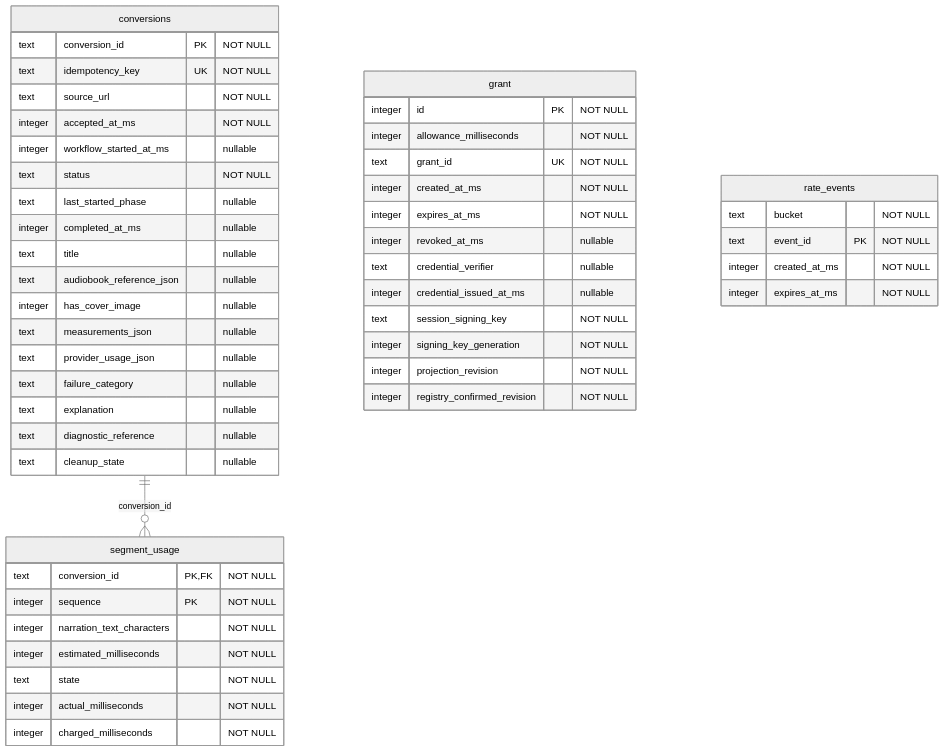
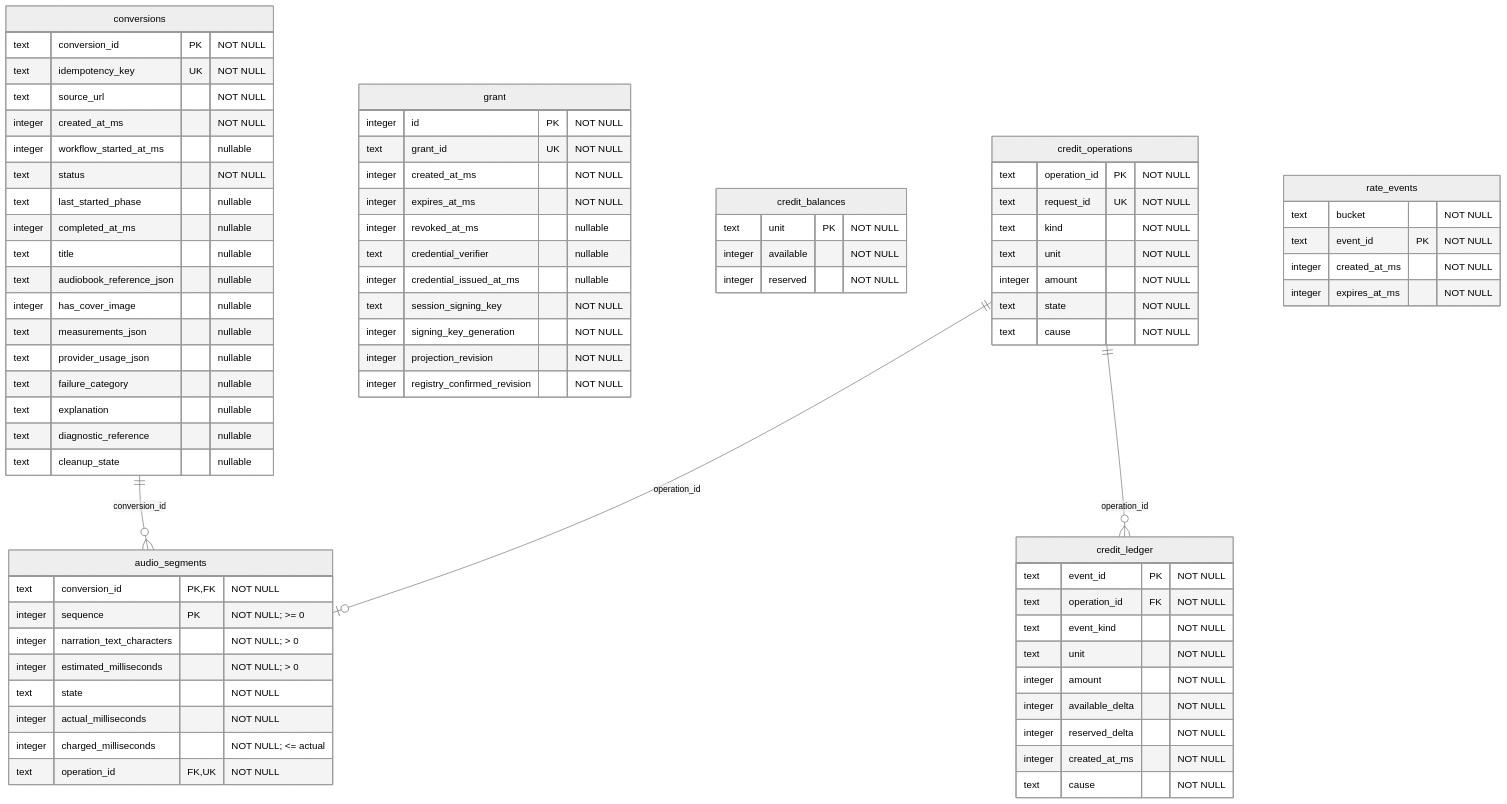
Before and after one commit to patricktree/cup: the second of 4 diagrams in docs/architecture/durable-object-storage.md, drawn with Mermaid (neutral theme). The commit also changed other lines of this file and 49 other files, not shown here.

First line of the commit message:
refactor(storage): share one duration ledger and segment schema between accounts and grants (#17)

````diff
--- a/docs/architecture/durable-object-storage.md
+++ b/docs/architecture/durable-object-storage.md
@@ -139,52 +154,79 @@
 ```mermaid
 erDiagram
     conversions {
         text conversion_id PK "NOT NULL"
         text idempotency_key UK "NOT NULL"
         text source_url "NOT NULL"
-        integer accepted_at_ms "NOT NULL"
+        integer created_at_ms "NOT NULL"
         integer workflow_started_at_ms "nullable"
         text status "NOT NULL"
         text last_started_phase "nullable"
         integer completed_at_ms "nullable"
         text title "nullable"
         text audiobook_reference_json "nullable"
         integer has_cover_image "nullable"
         text measurements_json "nullable"
         text provider_usage_json "nullable"
         text failure_category "nullable"
         text explanation "nullable"
         text diagnostic_reference "nullable"
         text cleanup_state "nullable"
     }
     grant {
         integer id PK "NOT NULL"
-        integer allowance_milliseconds "NOT NULL"
         text grant_id UK "NOT NULL"
         integer created_at_ms "NOT NULL"
         integer expires_at_ms "NOT NULL"
         integer revoked_at_ms "nullable"
         text credential_verifier "nullable"
         integer credential_issued_at_ms "nullable"
         text session_signing_key "NOT NULL"
         integer signing_key_generation "NOT NULL"
         integer projection_revision "NOT NULL"
         integer registry_confirmed_revision "NOT NULL"
     }
-    segment_usage {
+    audio_segments {
         text conversion_id PK, FK "NOT NULL"
-        integer sequence PK "NOT NULL"
-        integer narration_text_characters "NOT NULL"
-        integer estimated_milliseconds "NOT NULL"
+        integer sequence PK "NOT NULL; >= 0"
+        integer narration_text_characters "NOT NULL; > 0"
+        integer estimated_milliseconds "NOT NULL; > 0"
         text state "NOT NULL"
         integer actual_milliseconds "NOT NULL"
-        integer charged_milliseconds "NOT NULL"
+        integer charged_milliseconds "NOT NULL; <= actual"
+        text operation_id FK, UK "NOT NULL"
+    }
+    credit_balances {
+        text unit PK "NOT NULL"
+        integer available "NOT NULL"
+        integer reserved "NOT NULL"
+    }
+    credit_ledger {
+        text event_id PK "NOT NULL"
+        text operation_id FK "NOT NULL"
+        text event_kind "NOT NULL"
+        text unit "NOT NULL"
+        integer amount "NOT NULL"
+        integer available_delta "NOT NULL"
+        integer reserved_delta "NOT NULL"
+        integer created_at_ms "NOT NULL"
+        text cause "NOT NULL"
+    }
+    credit_operations {
+        text operation_id PK "NOT NULL"
+        text request_id UK "NOT NULL"
+        text kind "NOT NULL"
+        text unit "NOT NULL"
+        integer amount "NOT NULL"
+        text state "NOT NULL"
+        text cause "NOT NULL"
     }
     rate_events {
         text bucket "NOT NULL"
         text event_id PK "NOT NULL"
         integer created_at_ms "NOT NULL"
         integer expires_at_ms "NOT NULL"
     }
-    conversions ||--o{ segment_usage : "conversion_id"
+    conversions ||--o{ audio_segments : "conversion_id"
+    credit_operations ||--o| audio_segments : "operation_id"
+    credit_operations ||--o{ credit_ledger : "operation_id"
 ```
````
